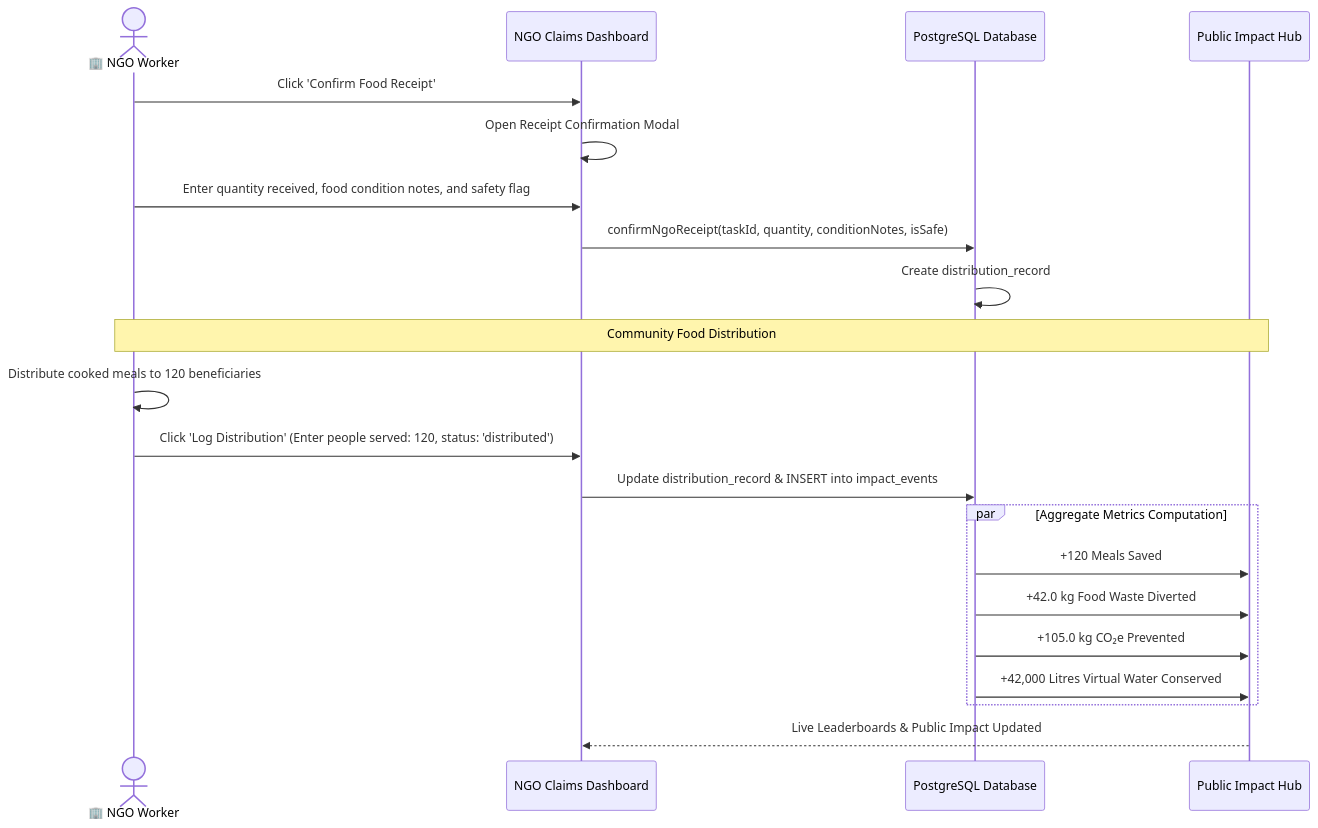
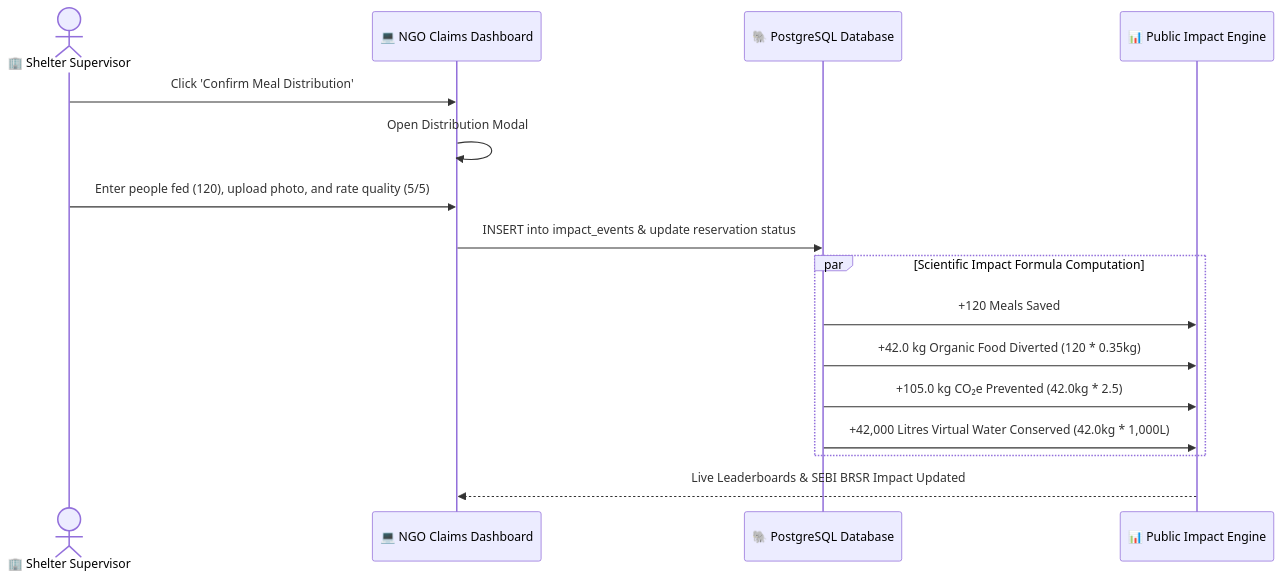
One commit to rohillanikhlesh2510/Sharebite---Food-rescuing-app changed the sixth of 11 diagrams in docs/WORKFLOW_DIAGRAM.md. Above: the diagram before and after it, drawn with Mermaid. The commit also changed other lines of this file, not shown here.

Commit message:
docs(workflows): upgrade visual lifecycle diagrams, offline PWA sync, and FSSAI organoleptic decision flows

````diff
--- a/docs/WORKFLOW_DIAGRAM.md
+++ b/docs/WORKFLOW_DIAGRAM.md
@@ -248,27 +248,21 @@
 ```mermaid
 sequenceDiagram
-    actor NGO as 🏢 NGO Worker
-    participant Web as NGO Claims Dashboard
-    participant DB as PostgreSQL Database
-    participant Impact as Public Impact Hub
+    actor NGO as 🏢 Shelter Supervisor
+    participant Web as 💻 NGO Claims Dashboard
+    participant DB as 🐘 PostgreSQL Database
+    participant Impact as 📊 Public Impact Engine
 
-    NGO->>Web: Click 'Confirm Food Receipt'
-    Web->>Web: Open Receipt Confirmation Modal
-    NGO->>Web: Enter quantity received, food condition notes, and safety flag
-    Web->>DB: confirmNgoReceipt(taskId, quantity, conditionNotes, isSafe)
-    DB->>DB: Create distribution_record
+    NGO->>Web: Click 'Confirm Meal Distribution'
+    Web->>Web: Open Distribution Modal
+    NGO->>Web: Enter people fed (120), upload photo, and rate quality (5/5)
+    Web->>DB: INSERT into impact_events & update reservation status
 
-    Note over NGO,Impact: Community Food Distribution
-    NGO->>NGO: Distribute cooked meals to 120 beneficiaries
-    NGO->>Web: Click 'Log Distribution' (Enter people served: 120, status: 'distributed')
-    Web->>DB: Update distribution_record & INSERT into impact_events
-
-    par Aggregate Metrics Computation
+    par Scientific Impact Formula Computation
         DB->>Impact: +120 Meals Saved
-        DB->>Impact: +42.0 kg Food Waste Diverted
-        DB->>Impact: +105.0 kg CO₂e Prevented
-        DB->>Impact: +42,000 Litres Virtual Water Conserved
+        DB->>Impact: +42.0 kg Organic Food Diverted (120 * 0.35kg)
+        DB->>Impact: +105.0 kg CO₂e Prevented (42.0kg * 2.5)
+        DB->>Impact: +42,000 Litres Virtual Water Conserved (42.0kg * 1,000L)
     end
 
-    Impact-->>Web: Live Leaderboards & Public Impact Updated
+    Impact-->>Web: Live Leaderboards & SEBI BRSR Impact Updated
 ```
````
